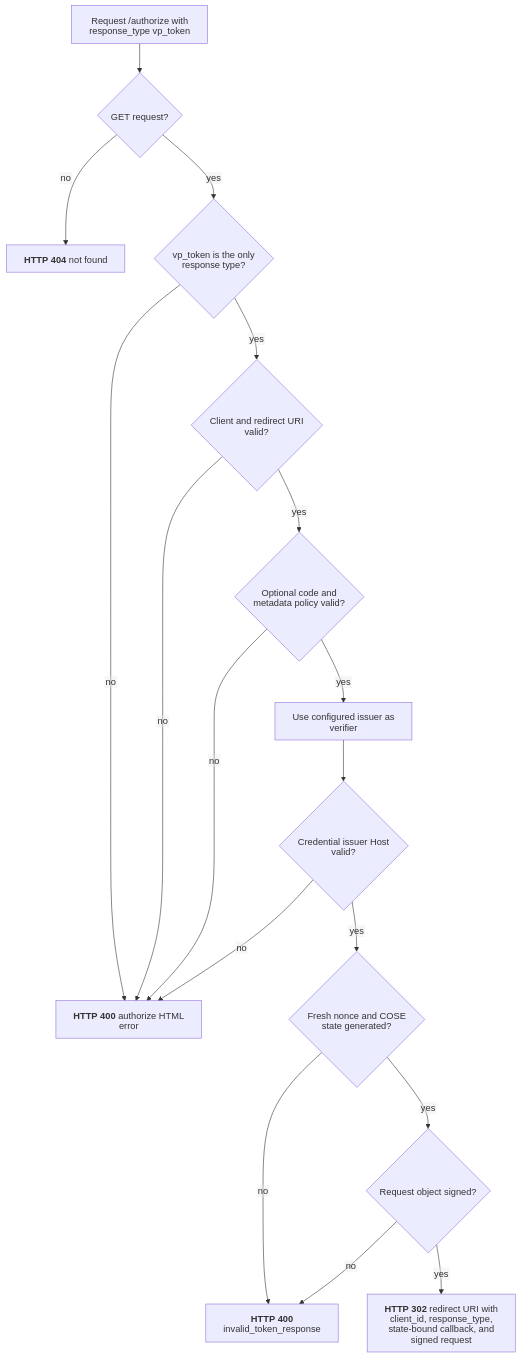
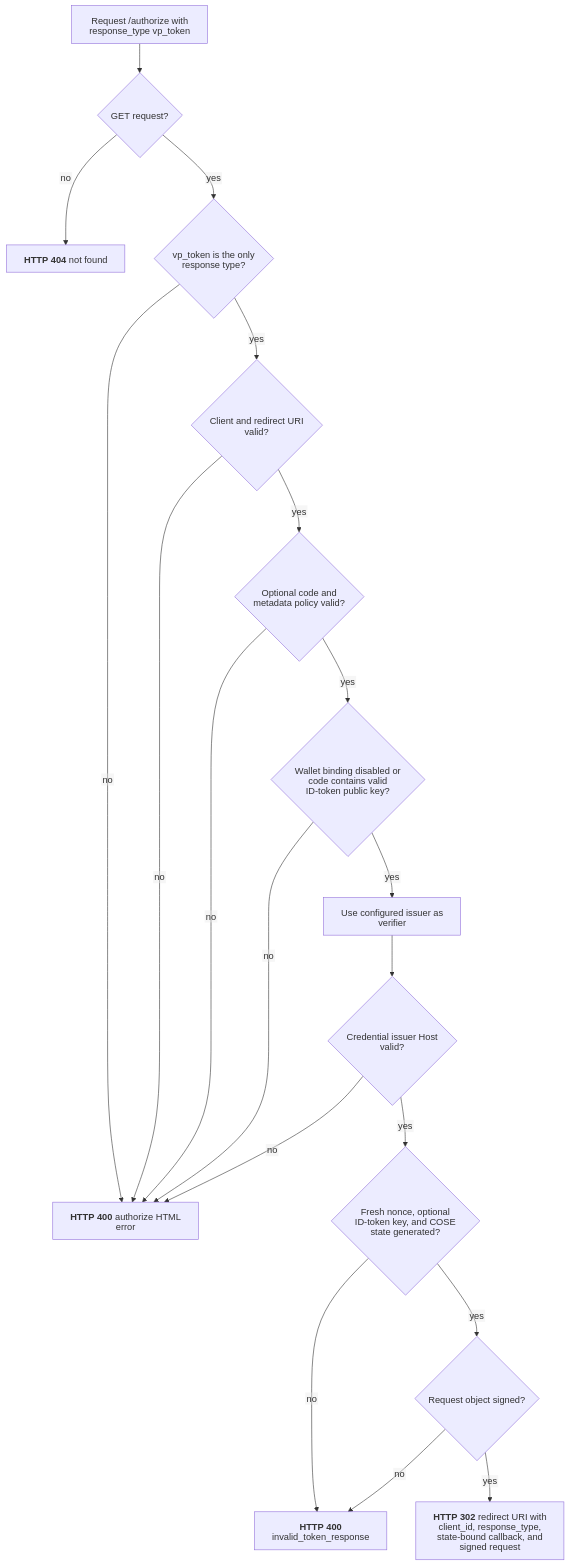
One commit to malach-it/kagome changed the diagram in docs/flows/openid4vp/presentation_request_endpoint.mmd. Above: the diagram before and after it, drawn with Mermaid. The commit also changed 42 other files, not shown here.

Commit message:
feat: add configurable wallet key binding

```diff
--- a/docs/flows/openid4vp/presentation_request_endpoint.mmd
+++ b/docs/flows/openid4vp/presentation_request_endpoint.mmd
@@ -1,18 +1,20 @@
 %%{init: {"htmlLabels": false, "flowchart": {"htmlLabels": false}}}%%
 flowchart TD
     start[Request /authorize with response_type vp_token] --> method{GET request?}
     method -- no --> not_found["`**HTTP 404** not found`"]
     method -- yes --> response_type{vp_token is the only response type?}
     response_type -- no --> authorize_error["`**HTTP 400** authorize HTML error`"]
     response_type -- yes --> client{Client and redirect URI valid?}
     client -- no --> authorize_error
     client -- yes --> optional{Optional code and metadata policy valid?}
     optional -- no --> authorize_error
-    optional -- yes --> verifier[Use configured issuer as verifier]
+    optional -- yes --> policy{Wallet binding disabled or code contains valid ID-token public key?}
+    policy -- no --> authorize_error
+    policy -- yes --> verifier[Use configured issuer as verifier]
     verifier --> host{Credential issuer Host valid?}
     host -- no --> authorize_error
-    host -- yes --> state{Fresh nonce and COSE state generated?}
+    host -- yes --> state{Fresh nonce, optional ID-token key, and COSE state generated?}
     state -- no --> generation_error["`**HTTP 400** invalid_token_response`"]
     state -- yes --> sign{Request object signed?}
     sign -- no --> generation_error
     sign -- yes --> success["`**HTTP 302** redirect URI with client_id, response_type, state-bound callback, and signed request`"]
```
